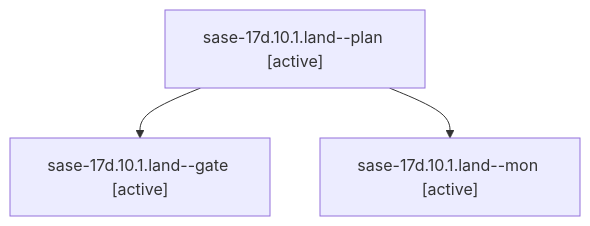
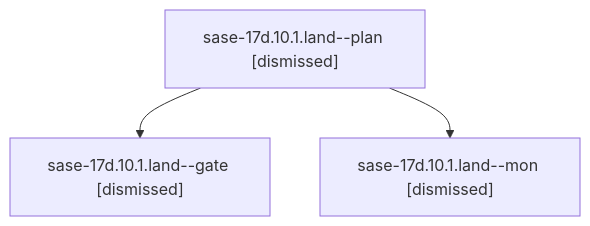
One commit to sase-org/sase--agents changed the diagram in sessions/bbugyi200.athena.sase-17d.10.1.land.md. Above: the diagram before and after it, drawn with Mermaid. The commit also changed other lines of this file and 142 other files, not shown here.

````diff
--- a/sessions/bbugyi200.athena.sase-17d.10.1.land.md
+++ b/sessions/bbugyi200.athena.sase-17d.10.1.land.md
@@ -9,8 +9,8 @@
 ```mermaid
 flowchart TD
-  n0["sase-17d.10.1.land--plan [active]"]
-  n1["sase-17d.10.1.land--gate [active]"]
+  n0["sase-17d.10.1.land--plan [dismissed]"]
+  n1["sase-17d.10.1.land--gate [dismissed]"]
   n0 --> n1
-  n2["sase-17d.10.1.land--mon [active]"]
+  n2["sase-17d.10.1.land--mon [dismissed]"]
   n0 --> n2
 ```
````
